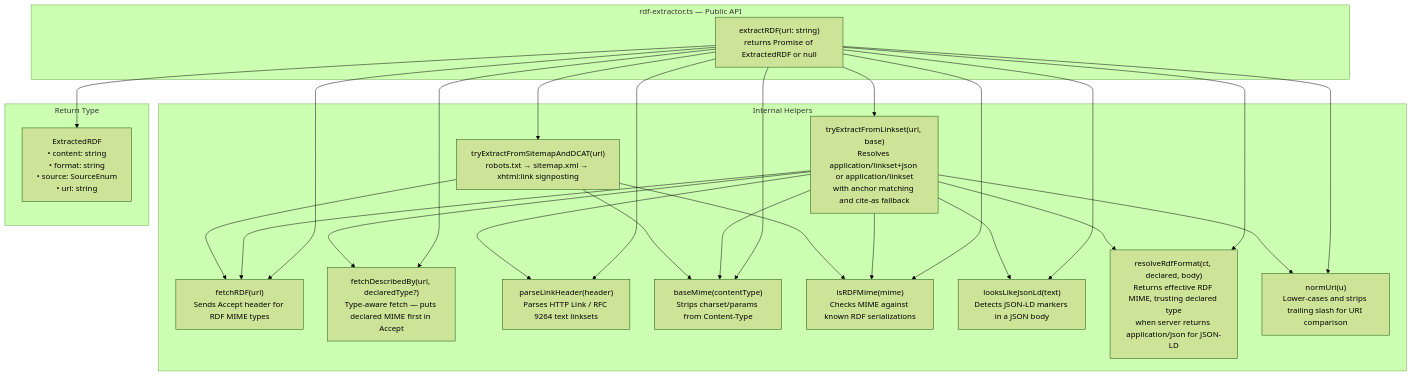
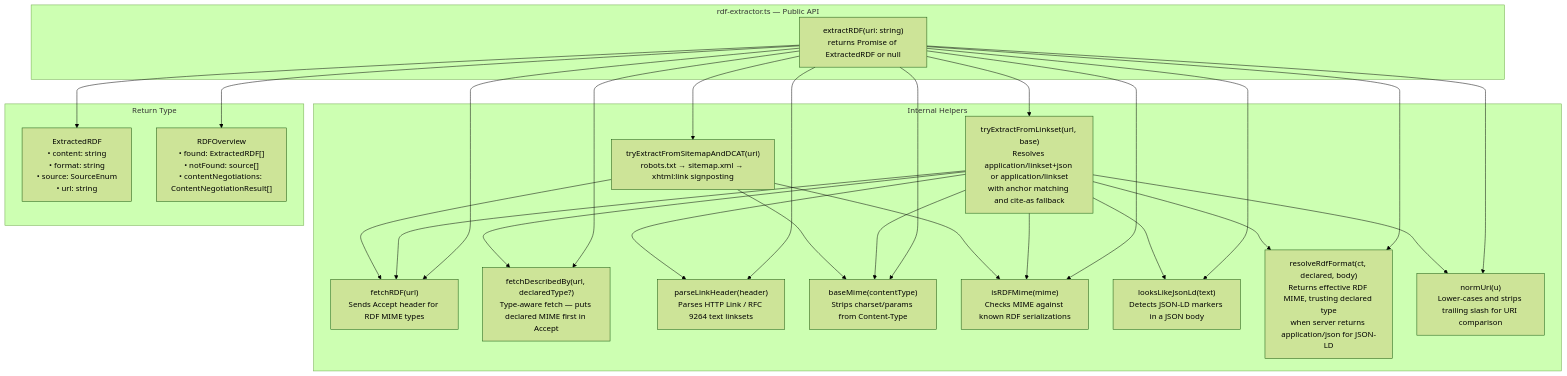
One commit to cedricdcc/wrx changed the first of 4 diagrams in DOCUMENTATION.md. Above: the diagram before and after it, drawn with Mermaid (forest theme). The commit also changed other lines of this file and 1 other file, not shown here.

First line of the commit message:
--all mode: per-MIME content negotiation with character count overview

````diff
--- a/DOCUMENTATION.md
+++ b/DOCUMENTATION.md
@@ -11,47 +11,49 @@
 ```mermaid
 graph TB
     subgraph "rdf-extractor.ts — Public API"
         A["extractRDF(uri: string)\nreturns Promise of ExtractedRDF or null"]
     end
 
     subgraph "Internal Helpers"
         B["fetchRDF(url)\nSends Accept header for RDF MIME types"]
         B2["fetchDescribedBy(url, declaredType?)\nType-aware fetch — puts declared MIME first in Accept"]
         C["parseLinkHeader(header)\nParses HTTP Link / RFC 9264 text linksets"]
         D["baseMime(contentType)\nStrips charset/params from Content-Type"]
         E["isRDFMime(mime)\nChecks MIME against known RDF serializations"]
         E2["looksLikeJsonLd(text)\nDetects JSON-LD markers in a JSON body"]
         E3["resolveRdfFormat(ct, declared, body)\nReturns effective RDF MIME, trusting declared type\nwhen server returns application/json for JSON-LD"]
         E4["normUri(u)\nLower-cases and strips trailing slash for URI comparison"]
         F["tryExtractFromLinkset(url, base)\nResolves application/linkset+json or application/linkset\nwith anchor matching and cite-as fallback"]
         G["tryExtractFromSitemapAndDCAT(uri)\nrobots.txt → sitemap.xml → xhtml:link signposting"]
     end
 
     subgraph "Return Type"
         H["ExtractedRDF\n• content: string\n• format: string\n• source: SourceEnum\n• url: string"]
+        H2["RDFOverview\n• found: ExtractedRDF[]\n• notFound: source[]\n• contentNegotiations: ContentNegotiationResult[]"]
     end
 
     A --> B
     A --> B2
     A --> C
     A --> D
     A --> E
     A --> E2
     A --> E3
     A --> E4
     A --> F
     A --> G
     A --> H
+    A --> H2
 
     F --> B
     F --> B2
     F --> C
     F --> D
     F --> E
     F --> E2
     F --> E3
     F --> E4
     G --> B
     G --> D
     G --> E
 ```
````
